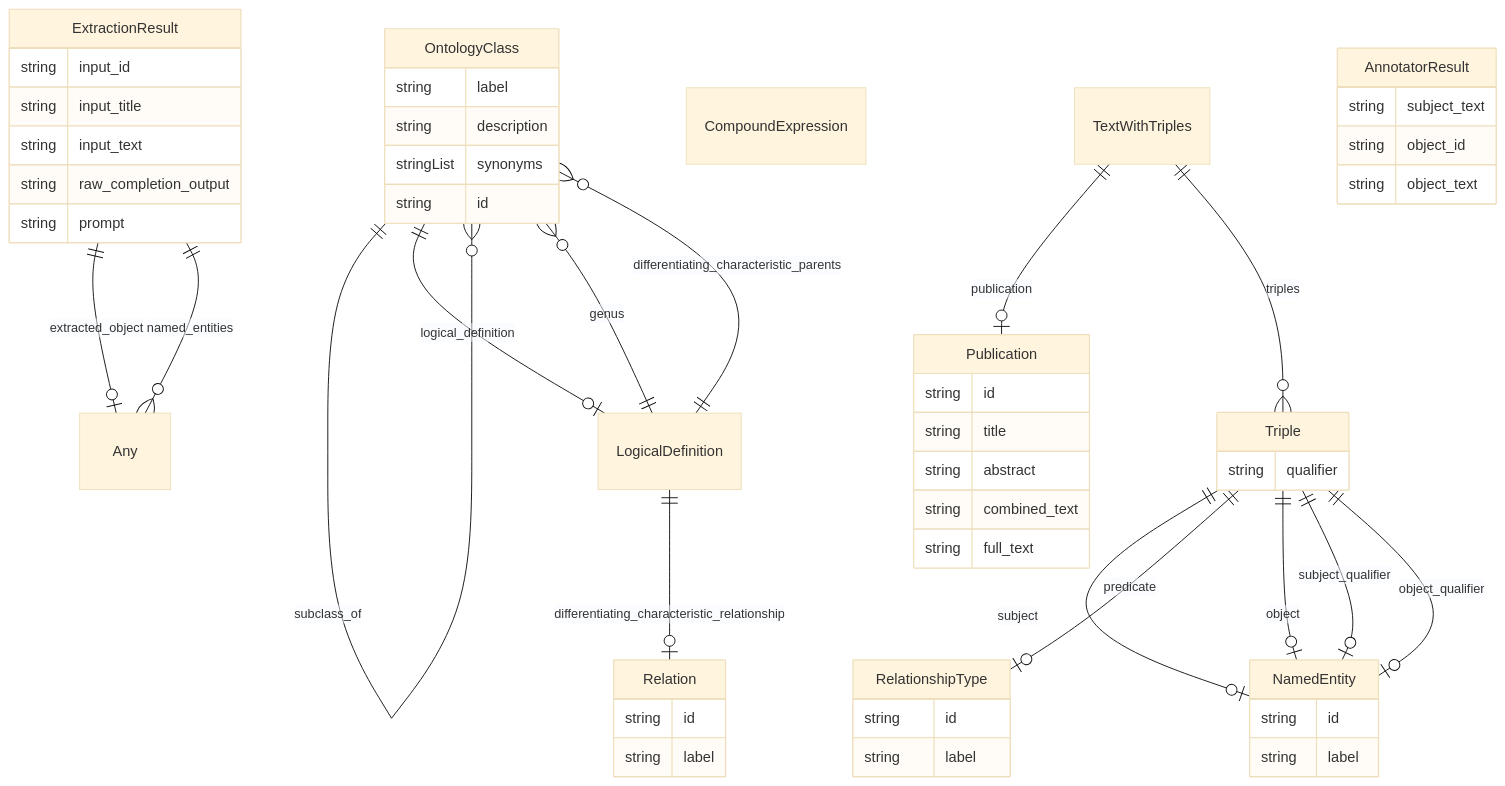
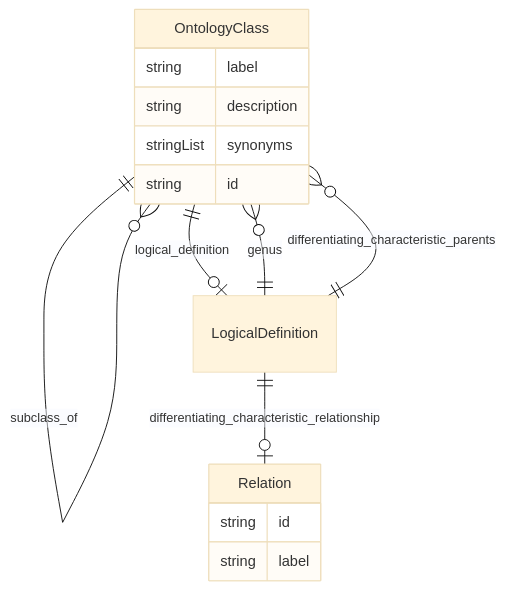
One commit to monarch-initiative/ontogpt changed the diagram in docs/ontology_class/index.md. Above: the diagram before and after it, drawn with Mermaid (base theme). The commit also changed other lines of this file and 2560 other files, not shown here.

````diff
--- a/docs/ontology_class/index.md
+++ b/docs/ontology_class/index.md
@@ -12,72 +12,24 @@
 ```mermaid
 erDiagram
 OntologyClass {
     string label  
     string description  
     stringList synonyms  
     string id  
 }
 LogicalDefinition {
 
 }
 Relation {
     string id  
     string label  
 }
-Any {
-
-}
-ExtractionResult {
-    string input_id  
-    string input_title  
-    string input_text  
-    string raw_completion_output  
-    string prompt  
-}
-NamedEntity {
-    string id  
-    string label  
-}
-CompoundExpression {
-
-}
-Triple {
-    string qualifier  
-}
-TextWithTriples {
-
-}
-RelationshipType {
-    string id  
-    string label  
-}
-Publication {
-    string id  
-    string title  
-    string abstract  
-    string combined_text  
-    string full_text  
-}
-AnnotatorResult {
-    string subject_text  
-    string object_id  
-    string object_text  
-}
 
 OntologyClass ||--}o OntologyClass : "categories"
 OntologyClass ||--}o OntologyClass : "subclass_of"
 OntologyClass ||--|o LogicalDefinition : "logical_definition"
 LogicalDefinition ||--}o OntologyClass : "genus"
 LogicalDefinition ||--|o Relation : "differentiating_characteristic_relationship"
 LogicalDefinition ||--}o OntologyClass : "differentiating_characteristic_parents"
-ExtractionResult ||--|o Any : "extracted_object"
-ExtractionResult ||--}o Any : "named_entities"
-Triple ||--|o NamedEntity : "subject"
-Triple ||--|o RelationshipType : "predicate"
-Triple ||--|o NamedEntity : "object"
-Triple ||--|o NamedEntity : "subject_qualifier"
-Triple ||--|o NamedEntity : "object_qualifier"
-TextWithTriples ||--|o Publication : "publication"
-TextWithTriples ||--}o Triple : "triples"
 
 ```
````
